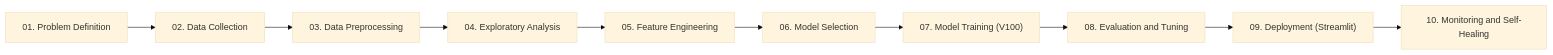
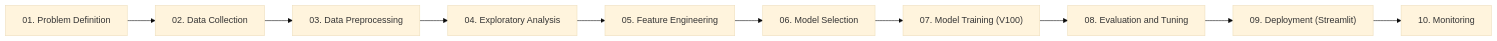
Before and after one commit to AnimeshBasak-14/SmartHVAC: the first of 2 diagrams in docs/ARCHITECTURE_AND_IMPLEMENTATION.md, drawn with Mermaid (base theme). The commit also changed other lines of this file and 14 other files, not shown here.

````diff
--- a/docs/ARCHITECTURE_AND_IMPLEMENTATION.md
+++ b/docs/ARCHITECTURE_AND_IMPLEMENTATION.md
@@ -12,12 +12,12 @@
 ```mermaid
 flowchart LR
     P01["01. Problem Definition"] --> P02["02. Data Collection"]
     P02 --> P03["03. Data Preprocessing"]
     P03 --> P04["04. Exploratory Analysis"]
     P04 --> P05["05. Feature Engineering"]
     P05 --> P06["06. Model Selection"]
     P06 --> P07["07. Model Training (V100)"]
     P07 --> P08["08. Evaluation and Tuning"]
     P08 --> P09["09. Deployment (Streamlit)"]
-    P09 --> P10["10. Monitoring and Self-Healing"]
+    P09 --> P10["10. Monitoring"]
 ```
````
